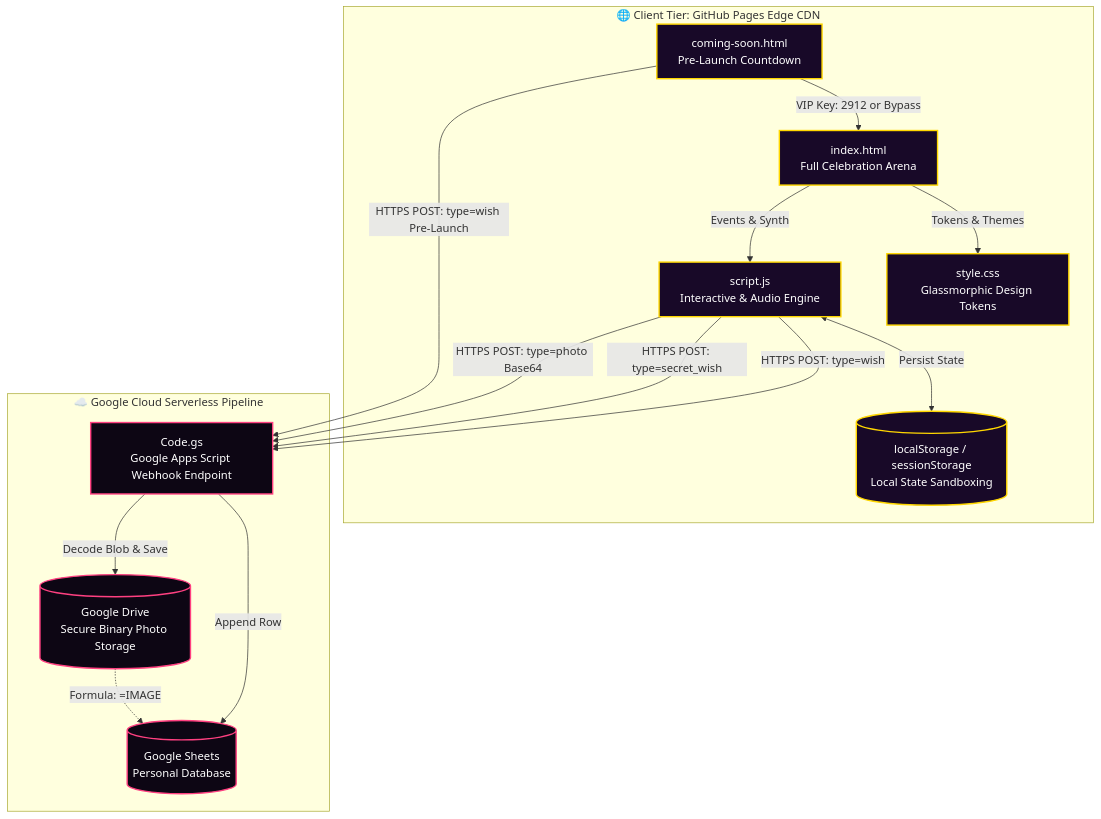
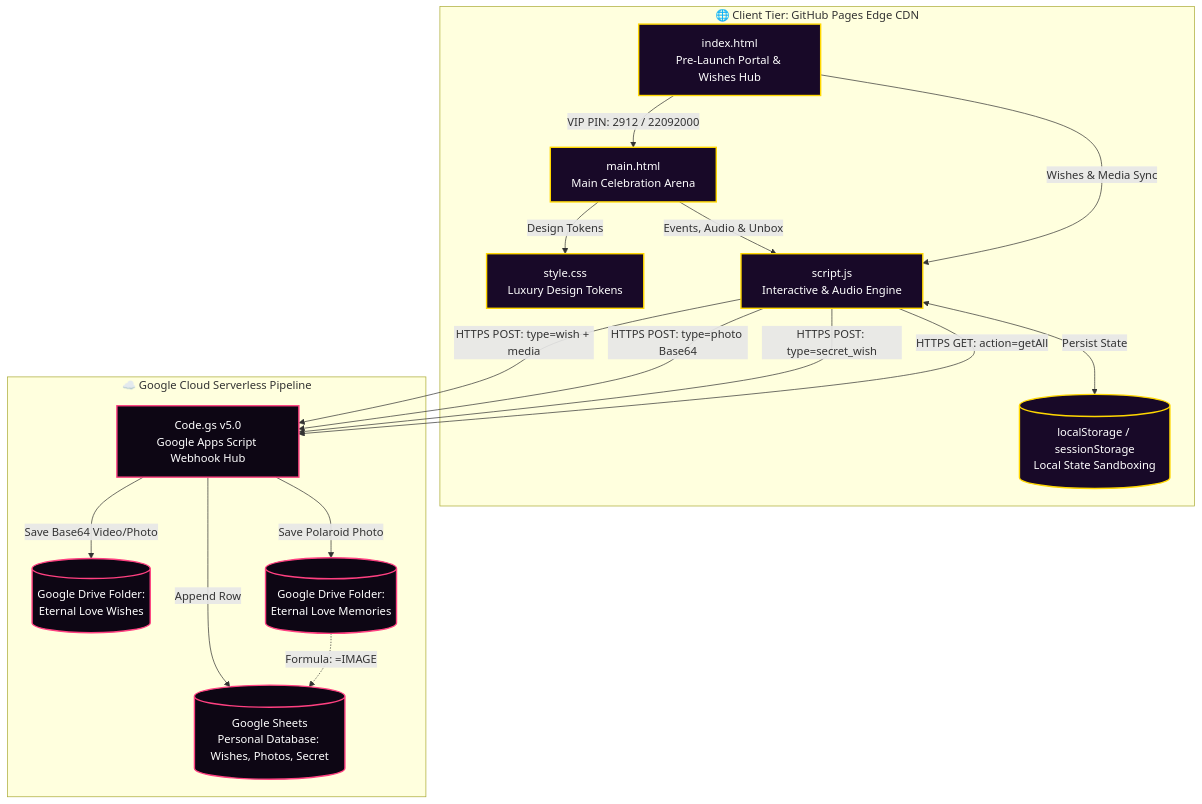
Before and after one commit to dilipk2026/happy-birthday: the first of 2 diagrams in documentation/PROJECT_STRUCTURE.md, drawn with Mermaid. The commit also changed other lines of this file and 21 other files, not shown here.

````diff
--- a/documentation/PROJECT_STRUCTURE.md
+++ b/documentation/PROJECT_STRUCTURE.md
@@ -81,35 +83,38 @@
 ```mermaid
 graph TD
     subgraph Client Tier [🌐 Client Tier: GitHub Pages Edge CDN]
-        CS[coming-soon.html<br/>Pre-Launch Countdown]
-        INDEX[index.html<br/>Full Celebration Arena]
-        CSS[style.css<br/>Glassmorphic Design Tokens]
+        INDEX[index.html<br/>Pre-Launch Portal & Wishes Hub]
+        MAIN[main.html<br/>Main Celebration Arena]
+        CSS[style.css<br/>Luxury Design Tokens]
         JS[script.js<br/>Interactive & Audio Engine]
         LS[(localStorage / sessionStorage<br/>Local State Sandboxing)]
         
-        CS -->|VIP Key: 2912 or Bypass| INDEX
-        INDEX -->|Tokens & Themes| CSS
-        INDEX -->|Events & Synth| JS
+        INDEX -->|VIP PIN: 2912 / 22092000| MAIN
+        MAIN -->|Design Tokens| CSS
+        MAIN -->|Events, Audio & Unbox| JS
+        INDEX -->|Wishes & Media Sync| JS
         JS <-->|Persist State| LS
     end
 
     subgraph Serverless Cloud Tier [☁️ Google Cloud Serverless Pipeline]
-        GAS[Code.gs<br/>Google Apps Script Webhook Endpoint]
-        GSHEET[(Google Sheets<br/>Personal Database)]
-        GDRIVE[(Google Drive<br/>Secure Binary Photo Storage)]
+        GAS[Code.gs v5.0<br/>Google Apps Script Webhook Hub]
+        GSHEET[(Google Sheets<br/>Personal Database: Wishes, Photos, Secret)]
+        GDRIVE1[(Google Drive Folder:<br/>Eternal Love Wishes)]
+        GDRIVE2[(Google Drive Folder:<br/>Eternal Love Memories)]
         
-        JS -->|HTTPS POST: type=wish| GAS
+        JS -->|HTTPS POST: type=wish + media| GAS
+        JS -->|HTTPS POST: type=photo Base64| GAS
         JS -->|HTTPS POST: type=secret_wish| GAS
-        JS -->|HTTPS POST: type=photo Base64| GAS
-        CS -->|HTTPS POST: type=wish Pre-Launch| GAS
+        JS -->|HTTPS GET: action=getAll| GAS
         
         GAS -->|Append Row| GSHEET
-        GAS -->|Decode Blob & Save| GDRIVE
-        GDRIVE -.->|Formula: =IMAGE| GSHEET
+        GAS -->|Save Base64 Video/Photo| GDRIVE1
+        GAS -->|Save Polaroid Photo| GDRIVE2
+        GDRIVE2 -.->|Formula: =IMAGE| GSHEET
     end
 
     classDef client fill:#180928,stroke:#ffd700,stroke-width:2px,color:#fff;
     classDef cloud fill:#0d0614,stroke:#ff4081,stroke-width:2px,color:#fff;
-    class CS,INDEX,CSS,JS,LS client;
-    class GAS,GSHEET,GDRIVE cloud;
+    class INDEX,MAIN,CSS,JS,LS client;
+    class GAS,GSHEET,GDRIVE1,GDRIVE2 cloud;
 ```
````
